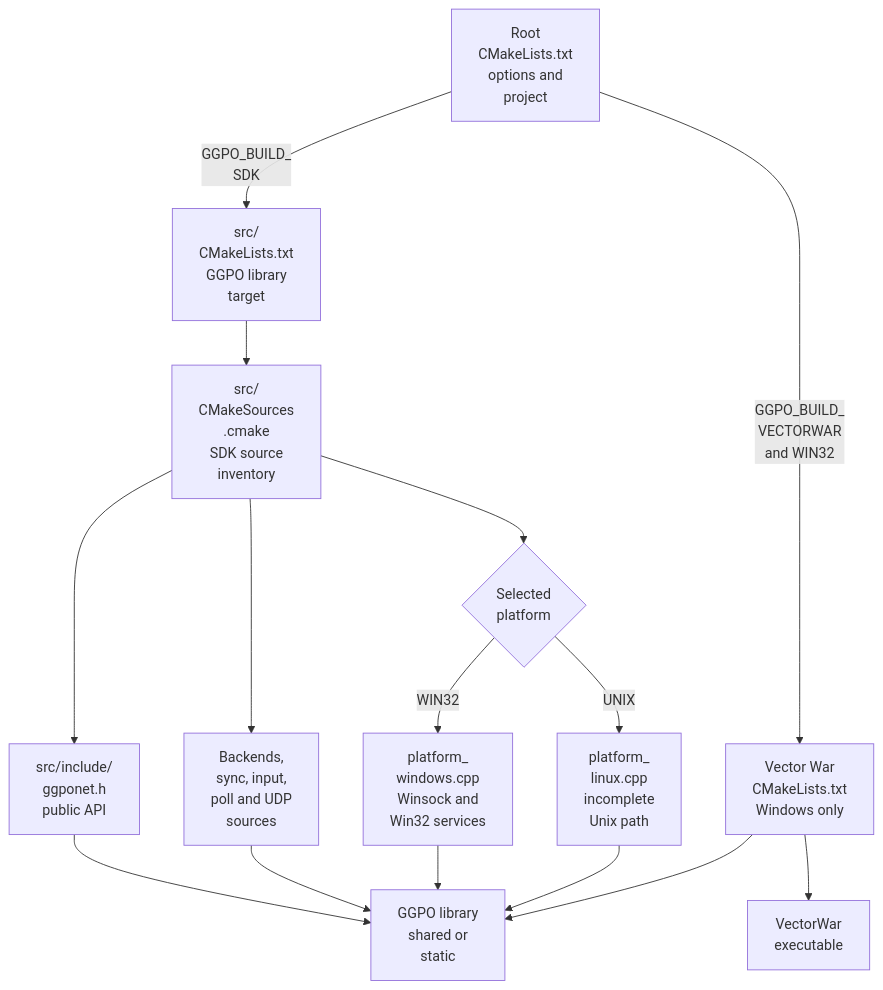
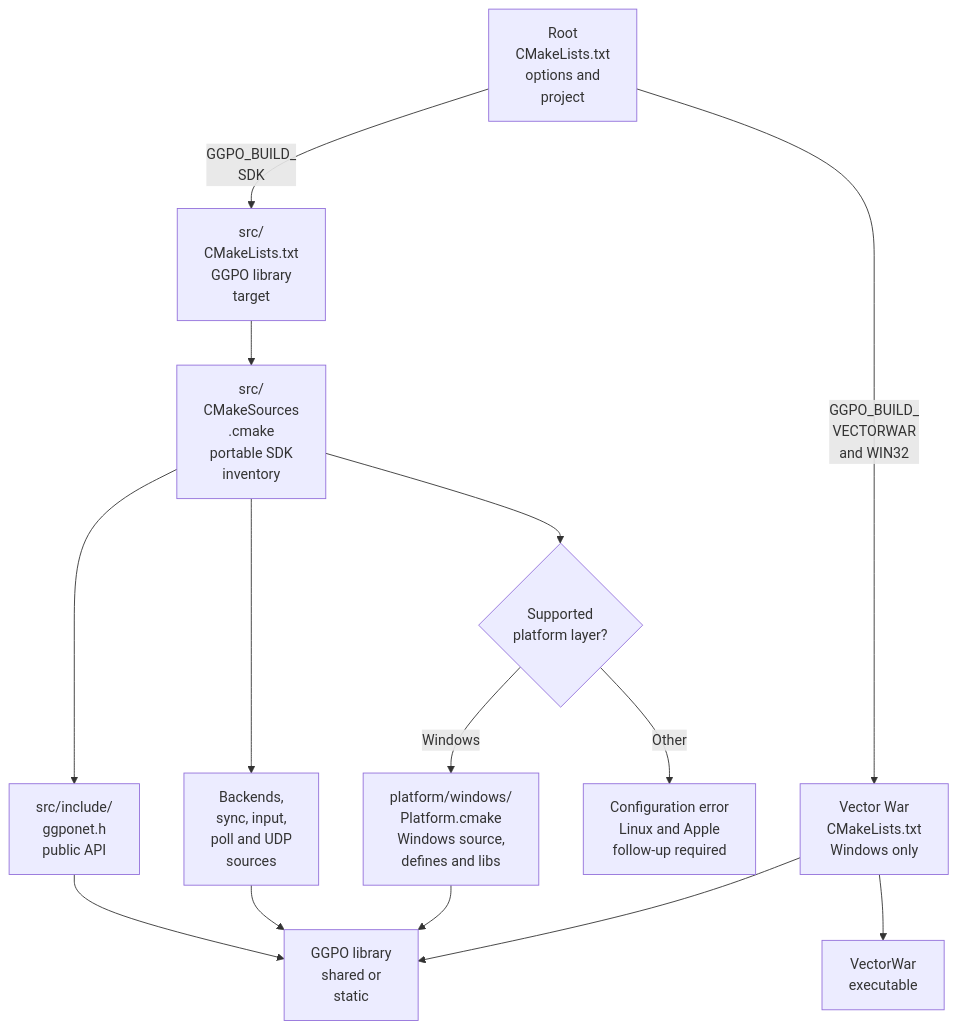
One commit to irregularthanis/ggpo-next changed the diagram in doc/architecture/Build.md. Above: the diagram before and after it, drawn with Mermaid. The commit also changed other lines of this file and 16 other files, not shown here.

Commit message:
build: separate the Windows platform layer

````diff
--- a/doc/architecture/Build.md
+++ b/doc/architecture/Build.md
@@ -27,29 +27,28 @@
 ```mermaid
 flowchart TD
     Root["Root<br/>CMakeLists.txt<br/>options and<br/>project"]
     SDKList["src/<br/>CMakeLists.txt<br/>GGPO library<br/>target"]
-    Sources["src/<br/>CMakeSources<br/>.cmake<br/>SDK source<br/>inventory"]
+    Sources["src/<br/>CMakeSources<br/>.cmake<br/>portable SDK<br/>inventory"]
     Public["src/include/<br/>ggponet.h<br/>public API"]
     Core["Backends,<br/>sync, input,<br/>poll and UDP<br/>sources"]
-    Platform{"Selected<br/>platform"}
-    Windows["platform_<br/>windows.cpp<br/>Winsock and<br/>Win32 services"]
-    Unix["platform_<br/>linux.cpp<br/>incomplete<br/>Unix path"]
+    Platform{"Supported<br/>platform layer?"}
+    Windows["platform/windows/<br/>Platform.cmake<br/>Windows source,<br/>defines and libs"]
+    Unsupported["Configuration error<br/>Linux and Apple<br/>follow-up required"]
     Library["GGPO library<br/>shared or<br/>static"]
     SampleList["Vector War<br/>CMakeLists.txt<br/>Windows only"]
     Sample["VectorWar<br/>executable"]
 
     Root -->|"GGPO_BUILD_<br/>SDK"| SDKList
     SDKList --> Sources
     Sources --> Public
     Sources --> Core
     Sources --> Platform
-    Platform -->|"WIN32"| Windows
-    Platform -->|"UNIX"| Unix
+    Platform -->|"Windows"| Windows
+    Platform -->|"Other"| Unsupported
     Public --> Library
     Core --> Library
     Windows --> Library
-    Unix --> Library
     Root -->|"GGPO_BUILD_<br/>VECTORWAR<br/>and WIN32"| SampleList
     SampleList --> Library
     SampleList --> Sample
 ```
````
